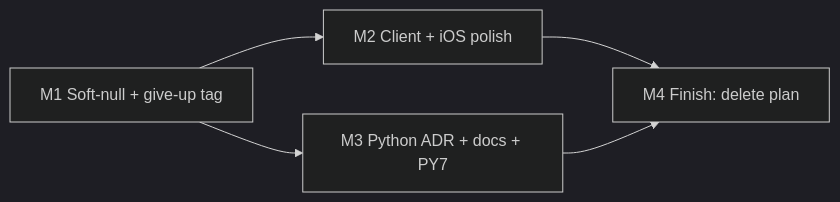
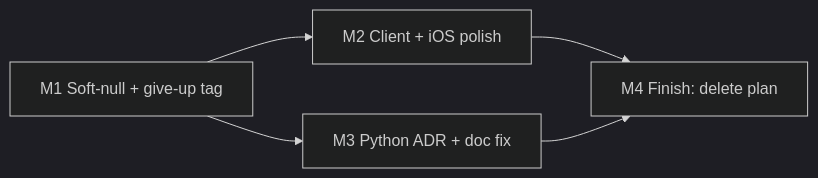
One commit to sibling-shipyard/coach-hq changed the diagram in docs/plans/sentry-post-1078-followups.md. Above: the diagram before and after it, drawn with Mermaid (dark theme). The commit also changed other lines of this file, not shown here.

````diff
--- a/docs/plans/sentry-post-1078-followups.md
+++ b/docs/plans/sentry-post-1078-followups.md
@@ -9,7 +9,7 @@
 ```mermaid
 flowchart LR
   M1["M1 Soft-null + give-up tag"] --> M2["M2 Client + iOS polish"]
-  M1 --> M3["M3 Python ADR + docs + PY7"]
+  M1 --> M3["M3 Python ADR + doc fix"]
   M2 --> M4["M4 Finish: delete plan"]
   M3 --> M4
 ```
````
